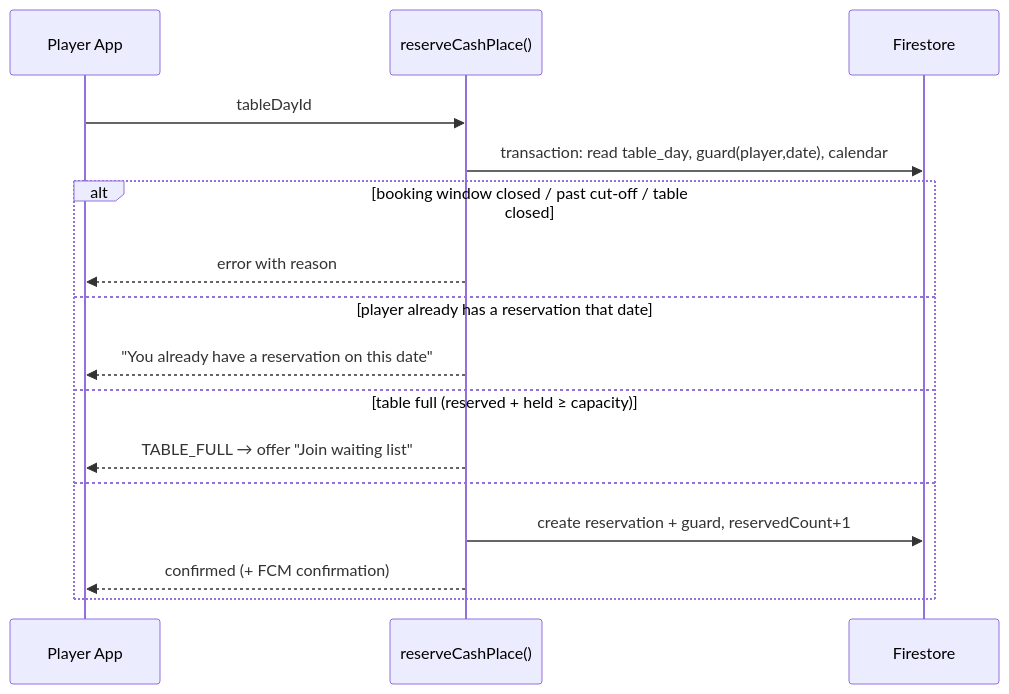
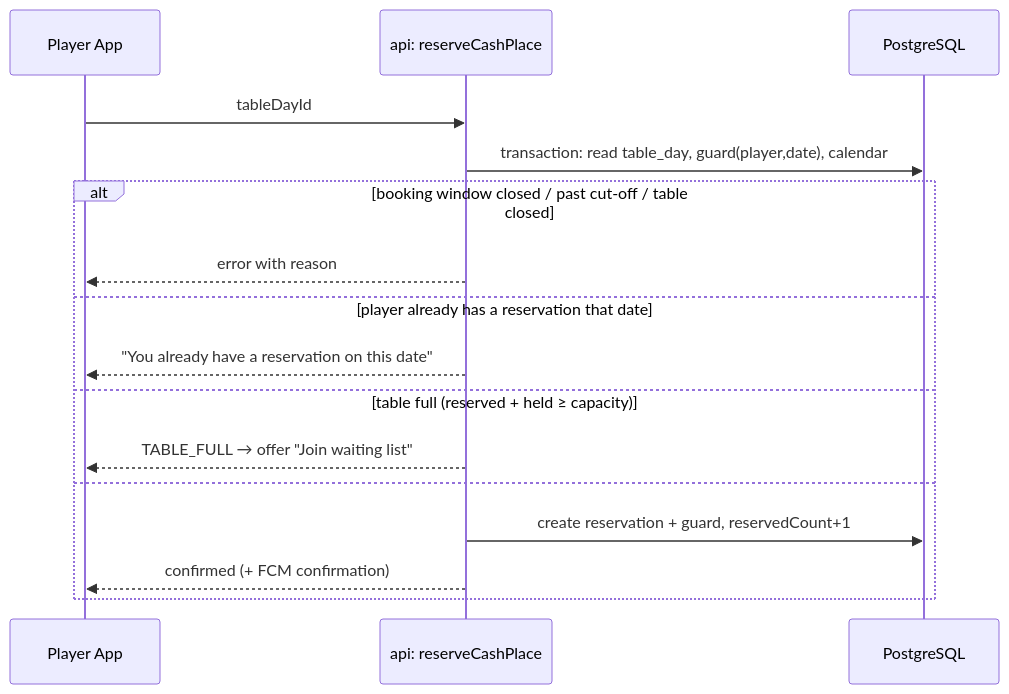
Before and after one commit to boodnahansal-ship-it/tivbook: the third of 5 diagrams in docs/ARCHITECTURE.md, drawn with Mermaid. The commit also changed other lines of this file and 51 other files, not shown here.

````diff
--- a/docs/ARCHITECTURE.md
+++ b/docs/ARCHITECTURE.md
@@ -222,18 +217,18 @@
 ```mermaid
 sequenceDiagram
   participant P as Player App
-  participant F as reserveCashPlace()
-  participant DB as Firestore
+  participant F as api: reserveCashPlace
+  participant DB as PostgreSQL
   P->>F: tableDayId
   F->>DB: transaction: read table_day, guard(player,date), calendar
   alt booking window closed / past cut-off / table closed
     F-->>P: error with reason
   else player already has a reservation that date
     F-->>P: "You already have a reservation on this date"
   else table full (reserved + held ≥ capacity)
     F-->>P: TABLE_FULL → offer "Join waiting list"
   else
     F->>DB: create reservation + guard, reservedCount+1
     F-->>P: confirmed (+ FCM confirmation)
   end
 ```
````
